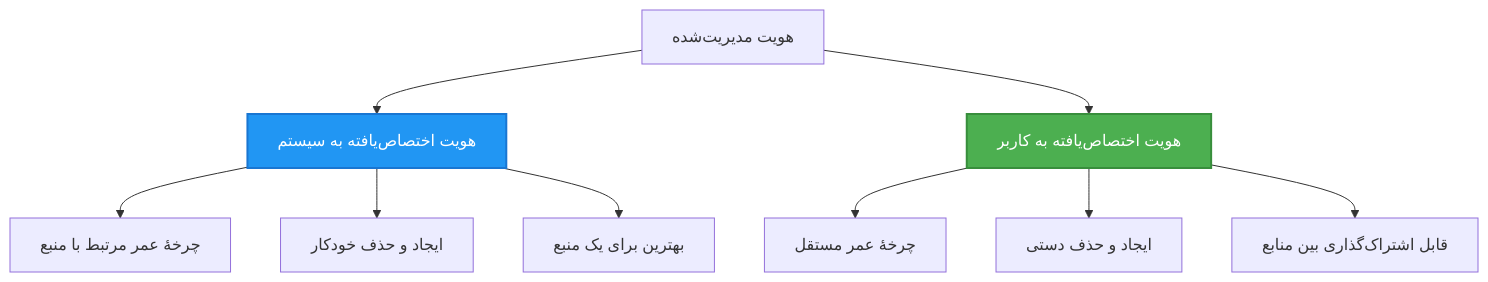
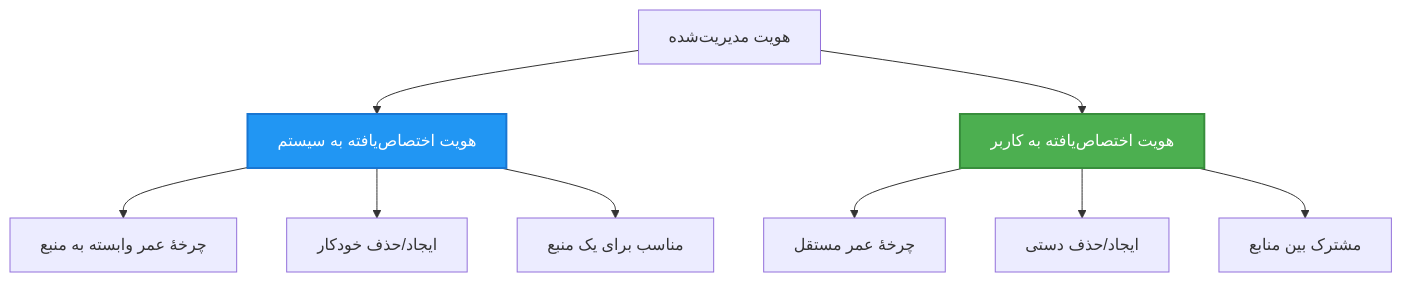
Before and after one commit to microsoft/AZD-for-beginners: the second of 2 diagrams in translations/fa/docs/chapter-03-configuration/authsecurity.md, drawn with Mermaid. The commit also changed other lines of this file and 101 other files, not shown here.

````diff
--- a/translations/fa/docs/chapter-03-configuration/authsecurity.md
+++ b/translations/fa/docs/chapter-03-configuration/authsecurity.md
@@ -97,20 +97,20 @@
 ```mermaid
 graph TB
     MI[هویت مدیریت‌شده]
     SystemAssigned[هویت اختصاص‌یافته به سیستم]
     UserAssigned[هویت اختصاص‌یافته به کاربر]
     
     MI --> SystemAssigned
     MI --> UserAssigned
     
-    SystemAssigned --> SA1[چرخهٔ عمر مرتبط با منبع]
-    SystemAssigned --> SA2[ایجاد و حذف خودکار]
-    SystemAssigned --> SA3[بهترین برای یک منبع]
+    SystemAssigned --> SA1[چرخهٔ عمر وابسته به منبع]
+    SystemAssigned --> SA2[ایجاد/حذف خودکار]
+    SystemAssigned --> SA3[مناسب برای یک منبع]
     
     UserAssigned --> UA1[چرخهٔ عمر مستقل]
-    UserAssigned --> UA2[ایجاد و حذف دستی]
-    UserAssigned --> UA3[قابل اشتراک‌گذاری بین منابع]
+    UserAssigned --> UA2[ایجاد/حذف دستی]
+    UserAssigned --> UA3[مشترک بین منابع]
     
     style SystemAssigned fill:#2196F3,stroke:#1976D2,stroke-width:2px,color:#fff
     style UserAssigned fill:#4CAF50,stroke:#388E3C,stroke-width:2px,color:#fff
 ```
````
